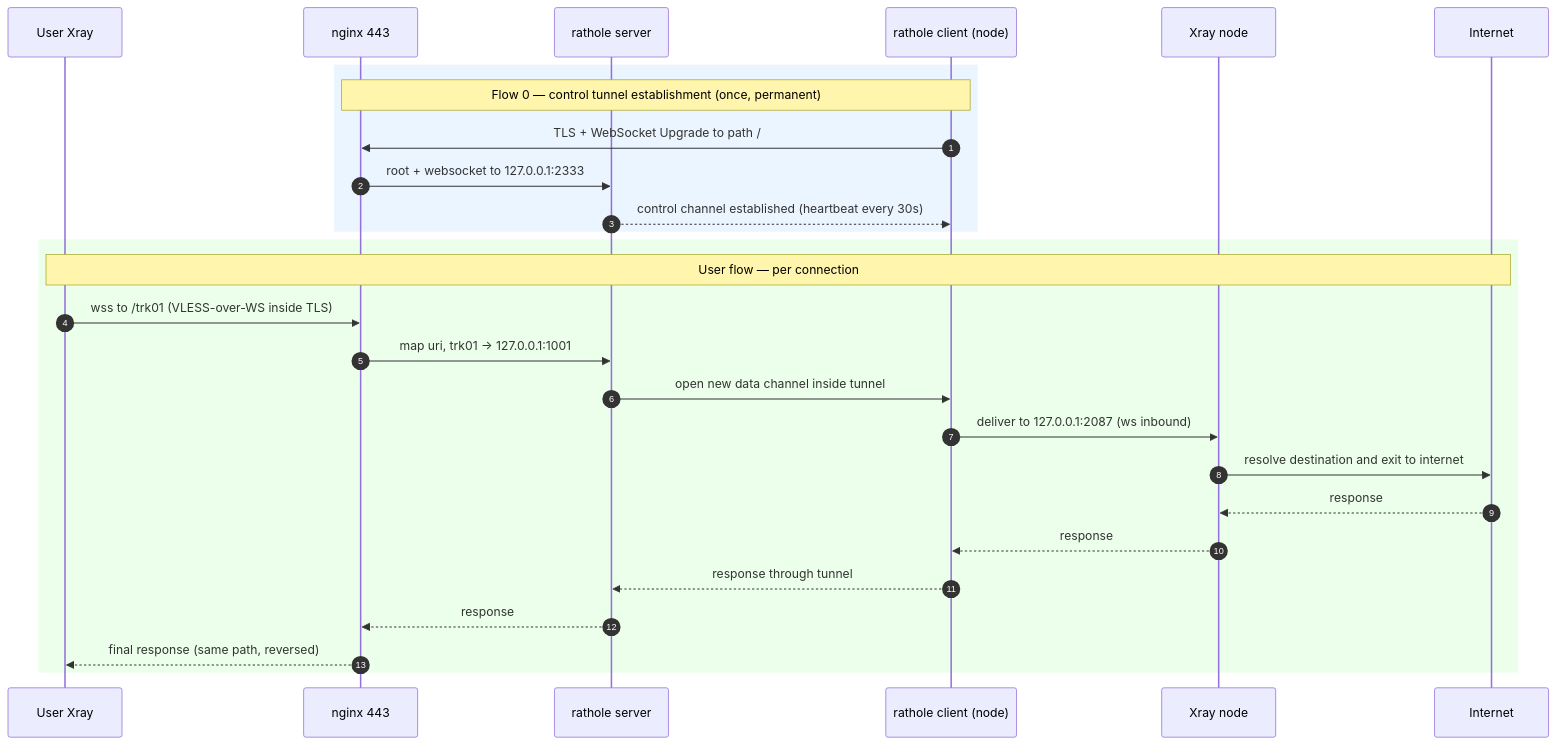
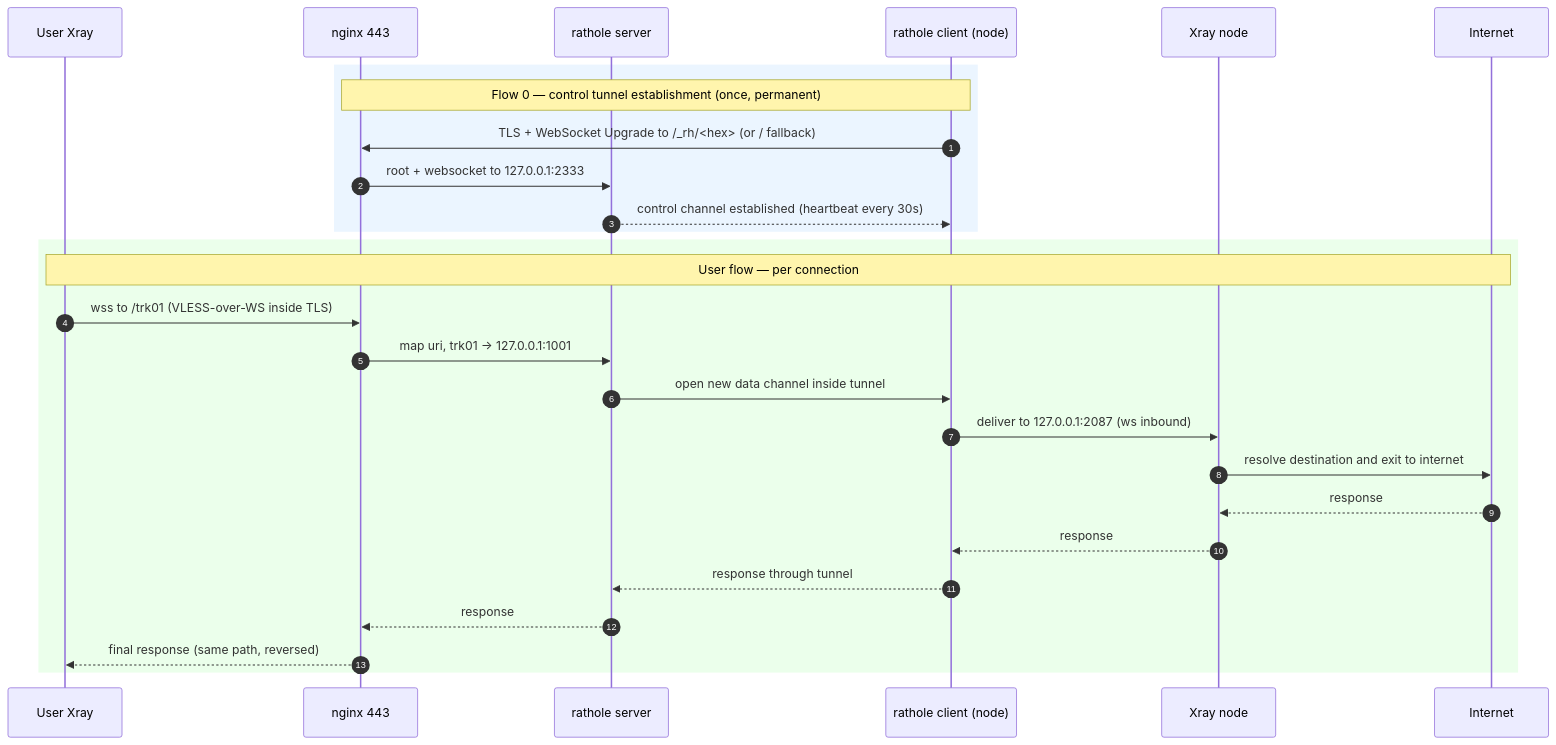
One commit to l8PYGIT/RatholeEngine changed the second of 2 diagrams in docs/traffic-flow.en.md. Above: the diagram before and after it, drawn with Mermaid. The commit also changed other lines of this file and 24 other files, not shown here.

````diff
--- a/docs/traffic-flow.en.md
+++ b/docs/traffic-flow.en.md
@@ -81,31 +88,31 @@
 ```mermaid
 sequenceDiagram
     autonumber
     participant U as User Xray
     participant N as nginx 443
     participant R as rathole server
     participant C as rathole client (node)
     participant X as Xray node
     participant I as Internet
 
     rect rgb(235,245,255)
     note over C,N: Flow 0 — control tunnel establishment (once, permanent)
-    C->>N: TLS + WebSocket Upgrade to path /
+    C->>N: TLS + WebSocket Upgrade to /_rh/<hex> (or / fallback)
     N->>R: root + websocket to 127.0.0.1:2333
     R-->>C: control channel established (heartbeat every 30s)
     end
 
     rect rgb(235,255,235)
     note over U,I: User flow — per connection
     U->>N: wss to /trk01 (VLESS-over-WS inside TLS)
     N->>R: map uri, trk01 → 127.0.0.1:1001
     R->>C: open new data channel inside tunnel
     C->>X: deliver to 127.0.0.1:2087 (ws inbound)
     X->>I: resolve destination and exit to internet
     I-->>X: response
     X-->>C: response
     C-->>R: response through tunnel
     R-->>N: response
     N-->>U: final response (same path, reversed)
     end
 ```
````
